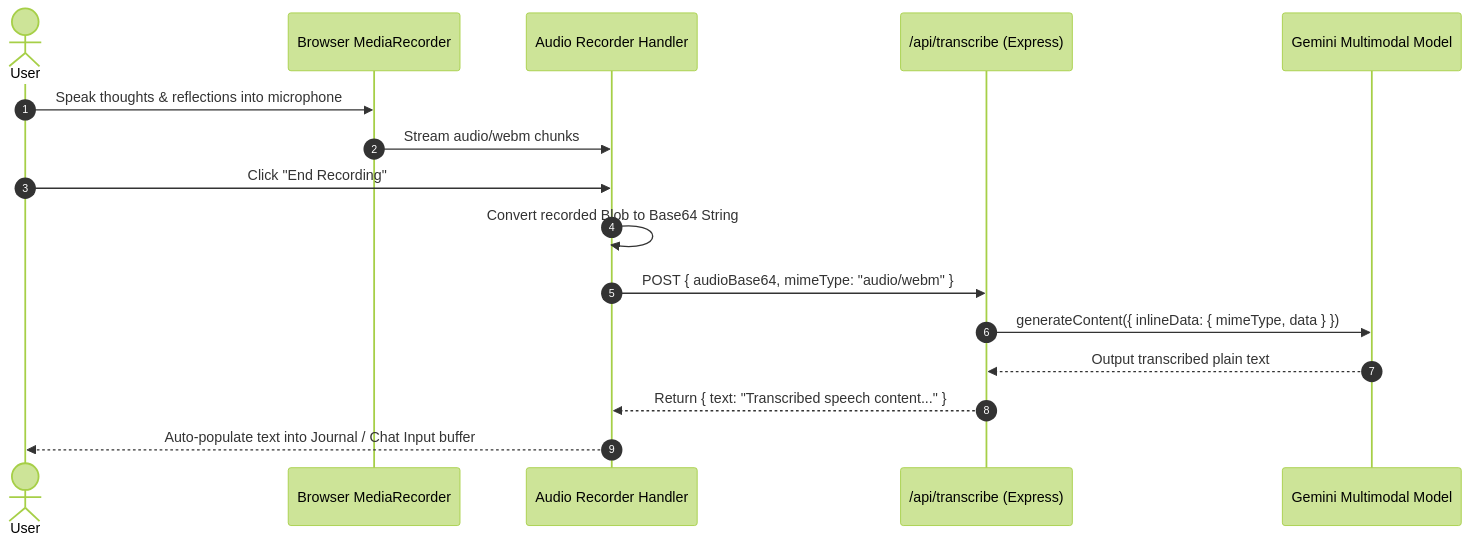
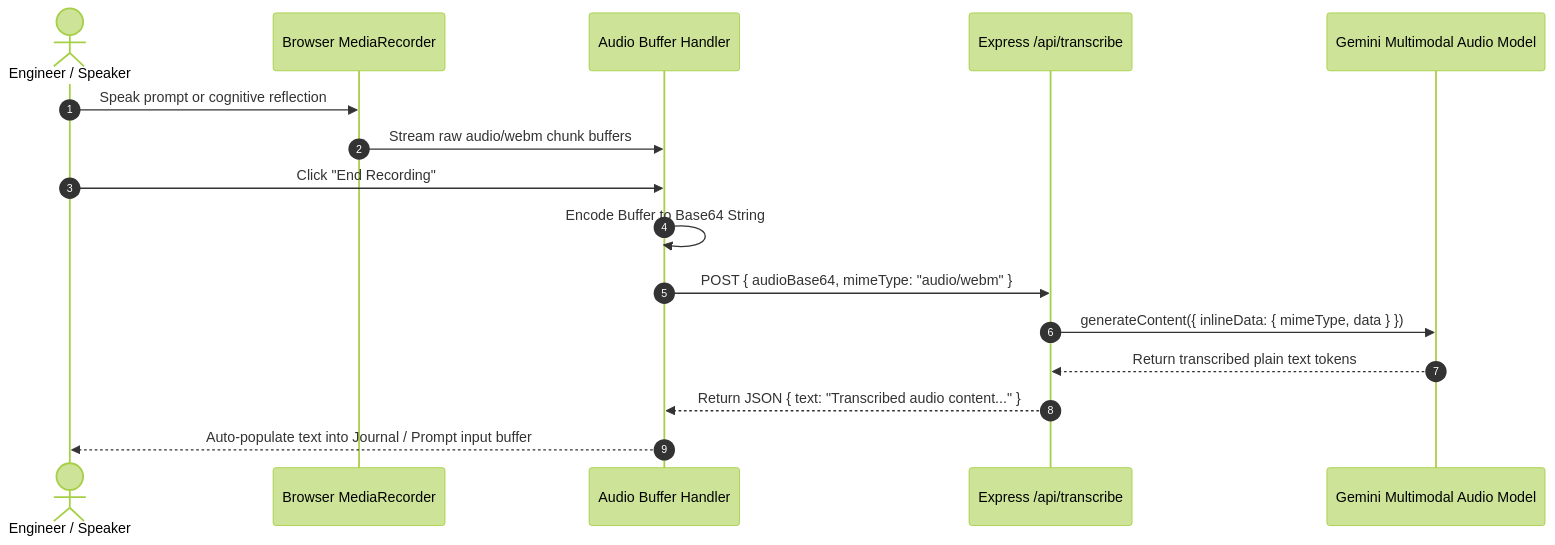
One commit to mauryasomkumar-pixel/somotoz changed the fourth of 5 diagrams in README.md. Above: the diagram before and after it, drawn with Mermaid (forest theme). The commit also changed other lines of this file and 14 other files, not shown here.

````diff
--- a/README.md
+++ b/README.md
@@ -138,19 +157,19 @@
 ```mermaid
 sequenceDiagram
     autonumber
-    actor User as User
+    actor User as Engineer / Speaker
     participant Mic as Browser MediaRecorder
-    participant UI as Audio Recorder Handler
-    participant Server as /api/transcribe (Express)
-    participant Gemini as Gemini Multimodal Model
+    participant UI as Audio Buffer Handler
+    participant Server as Express /api/transcribe
+    participant Gemini as Gemini Multimodal Audio Model
 
-    User->>Mic: Speak thoughts & reflections into microphone
-    Mic->>UI: Stream audio/webm chunks
+    User->>Mic: Speak prompt or cognitive reflection
+    Mic->>UI: Stream raw audio/webm chunk buffers
     User->>UI: Click "End Recording"
-    UI->>UI: Convert recorded Blob to Base64 String
+    UI->>UI: Encode Buffer to Base64 String
     UI->>Server: POST { audioBase64, mimeType: "audio/webm" }
     Server->>Gemini: generateContent({ inlineData: { mimeType, data } })
-    Gemini-->>Server: Output transcribed plain text
-    Server-->>UI: Return { text: "Transcribed speech content..." }
-    UI-->>User: Auto-populate text into Journal / Chat Input buffer
+    Gemini-->>Server: Return transcribed plain text tokens
+    Server-->>UI: Return JSON { text: "Transcribed audio content..." }
+    UI-->>User: Auto-populate text into Journal / Prompt input buffer
 ```
````
